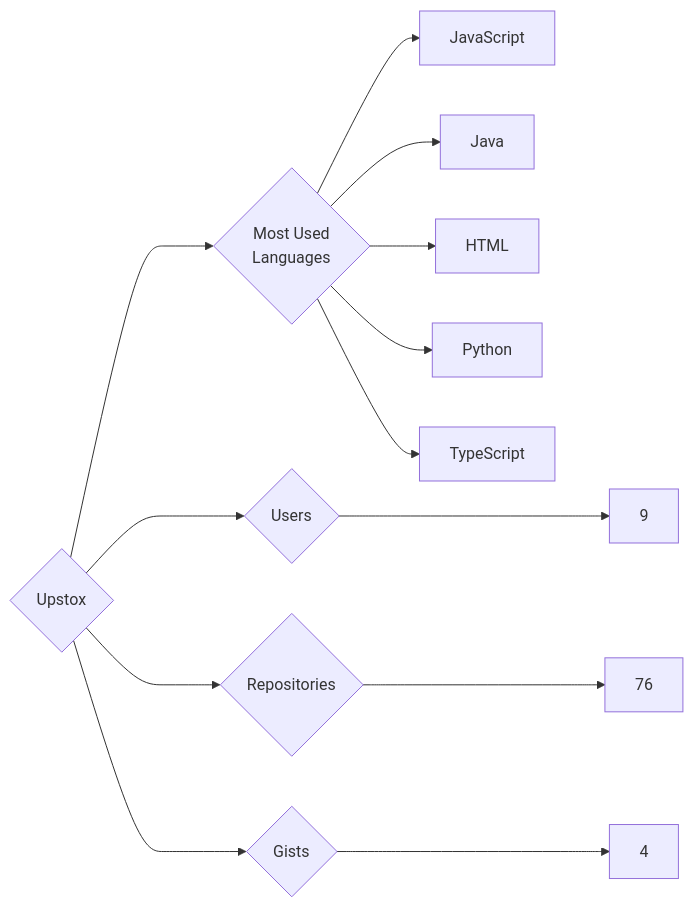
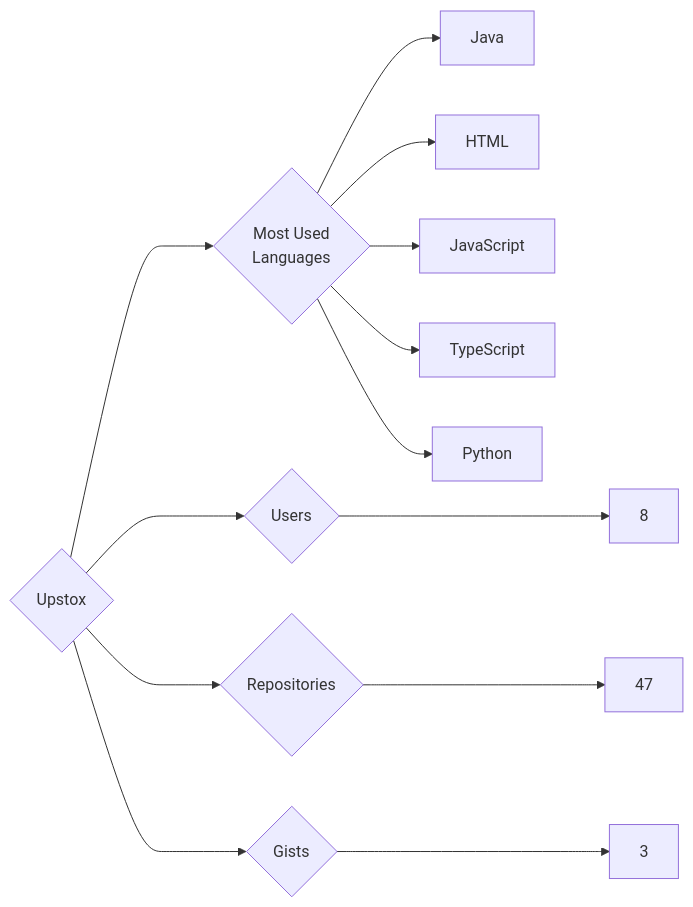
The diagram in targets/Upstox/README.md (trickest/insiders), drawn with Mermaid before and after one commit. The commit also changed 1496 other files, not shown here.

````diff
--- a/targets/Upstox/README.md
+++ b/targets/Upstox/README.md
@@ -3,13 +3,13 @@
 ```mermaid
 graph LR
 COMPANY_NAME{Upstox}
-COMPANY_NAME ---> U{Users} ---> UN[9]
-COMPANY_NAME ---> R{Repositories} ---> RN[76]
-COMPANY_NAME ---> G{Gists} ---> GN[4]
+COMPANY_NAME ---> U{Users} ---> UN[8]
+COMPANY_NAME ---> R{Repositories} ---> RN[47]
+COMPANY_NAME ---> G{Gists} ---> GN[3]
 COMPANY_NAME ---> ML{Most Used<br>Languages}
-ML --> JavaScript[JavaScript]
 ML --> Java[Java]
 ML --> HTML[HTML]
+ML --> JavaScript[JavaScript]
+ML --> TypeScript[TypeScript]
 ML --> Python[Python]
-ML --> TypeScript[TypeScript]
 ```
````
